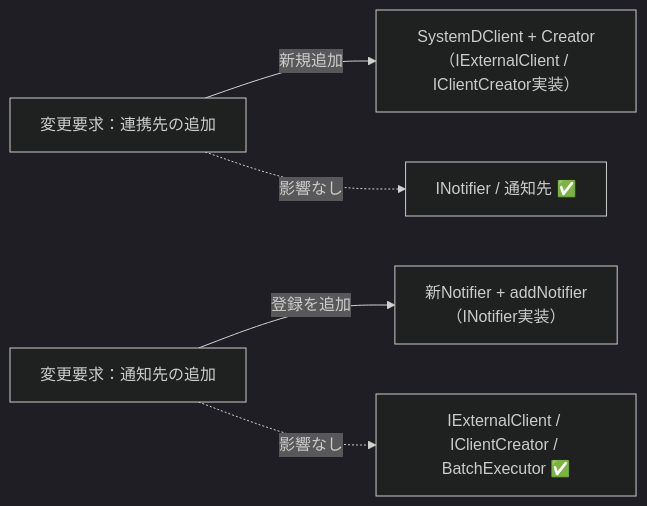
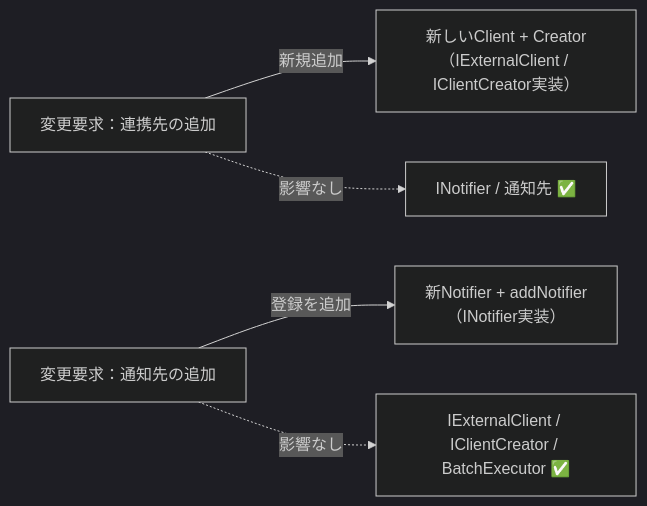
Before and after one commit to kumachan1101-pixel/DesignPattern: the tenth of 12 diagrams in kindle/design-patterns/output/chapter10.md, drawn with Mermaid (dark theme). The commit also changed other lines of this file and 23 other files, not shown here.

````diff
--- a/kindle/design-patterns/output/chapter10.md
+++ b/kindle/design-patterns/output/chapter10.md
@@ -2262,9 +2203,9 @@
 ```mermaid
 graph LR
     T1["変更要求：連携先の追加"]
-        -->|新規追加| F1["SystemDClient + Creator<br>（IExternalClient / IClientCreator実装）"]
+        -->|新規追加| F1["新しいClient + Creator<br>（IExternalClient / IClientCreator実装）"]
     T2["変更要求：通知先の追加"]
         -->|登録を追加| F2["新Notifier + addNotifier<br>（INotifier実装）"]
     T1 -. "影響なし" .-> A["INotifier / 通知先 ✅"]
     T2 -. "影響なし" .-> B["IExternalClient / IClientCreator / BatchExecutor ✅"]
 ```
````
